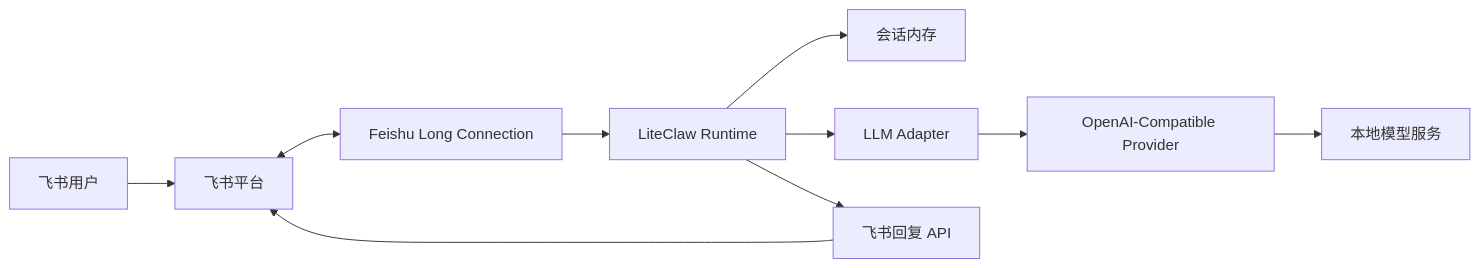
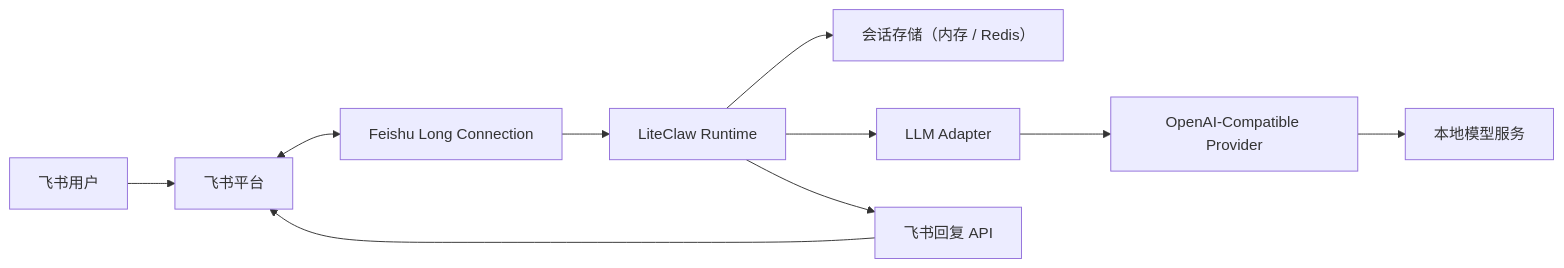
Before and after one commit to WarrenJones/liteClaw: the diagram in README.md, drawn with Mermaid. The commit also changed other lines of this file and 15 other files, not shown here.

````diff
--- a/README.md
+++ b/README.md
@@ -56,12 +56,12 @@
 ```mermaid
 flowchart LR
     U["飞书用户"] --> F["飞书平台"]
     F <--> W["Feishu Long Connection"]
     W --> R["LiteClaw Runtime"]
-    R --> M["会话内存"]
+    R --> M["会话存储（内存 / Redis）"]
     R --> L["LLM Adapter"]
     L --> P["OpenAI-Compatible Provider"]
     P --> S["本地模型服务"]
     R --> A["飞书回复 API"]
     A --> F
 ```
````
